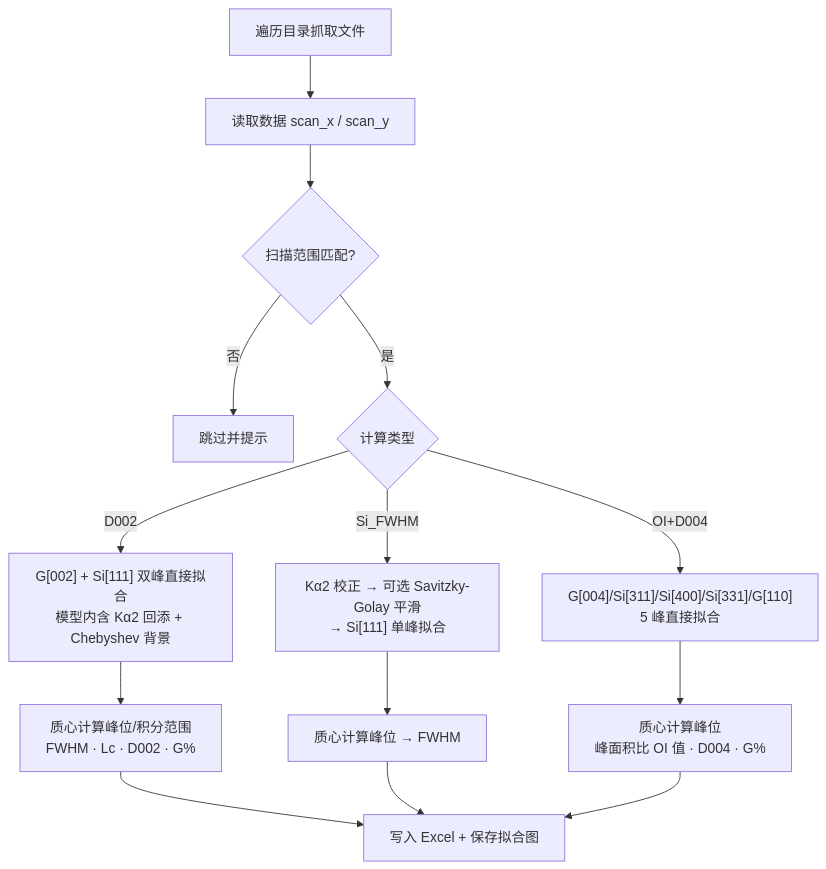
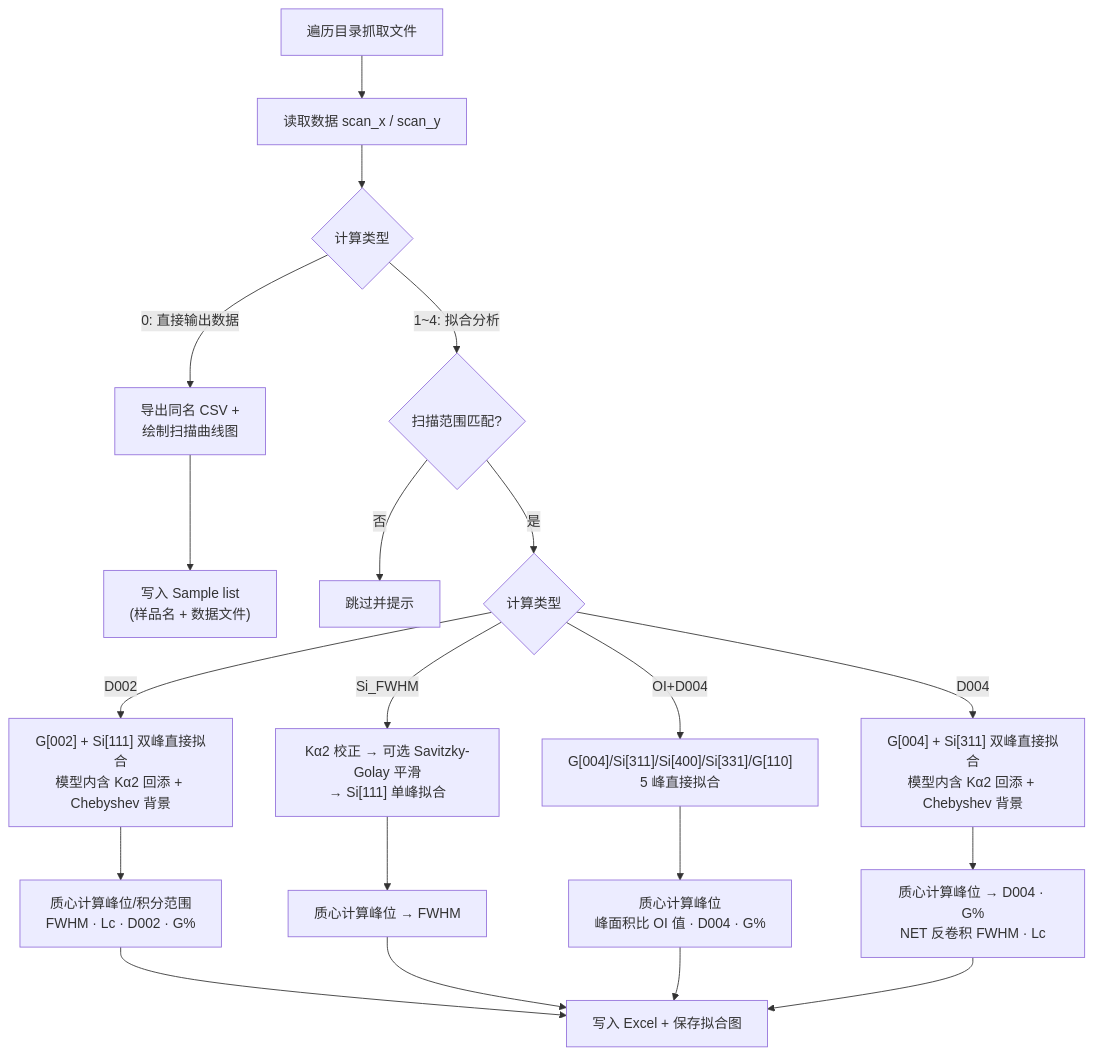
One commit to MiaoJiawei/PyXRD-Li_anode changed the diagram in README.md. Above: the diagram before and after it, drawn with Mermaid. The commit also changed other lines of this file and 4 other files, not shown here.

````diff
--- a/README.md
+++ b/README.md
@@ -30,14 +35,19 @@
 ```mermaid
 flowchart TD
     A["遍历目录抓取文件"] --> B["读取数据 scan_x / scan_y"]
-    B --> C{"扫描范围匹配?"}
-    C -- "否" --> D["跳过并提示"]
-    C -- "是" --> E{"计算类型"}
+    B --> C{"计算类型"}
+    C -- "0: 直接输出数据" --> F0["导出同名 CSV +<br/>绘制扫描曲线图"]
+    F0 --> J0["写入 Sample list<br/>(样品名 + 数据文件)"]
+    C -- "1~4: 拟合分析" --> D{"扫描范围匹配?"}
+    D -- "否" --> D1["跳过并提示"]
+    D -- "是" --> E{"计算类型"}
     E -- "D002" --> F1["G[002] + Si[111] 双峰直接拟合<br/>模型内含 Kα2 回添 + Chebyshev 背景"]
     E -- "Si_FWHM" --> F2["Kα2 校正 → 可选 Savitzky-Golay 平滑<br/>→ Si[111] 单峰拟合"]
     E -- "OI+D004" --> F3["G[004]/Si[311]/Si[400]/Si[331]/G[110]<br/>5 峰直接拟合"]
+    E -- "D004" --> F4["G[004] + Si[311] 双峰直接拟合<br/>模型内含 Kα2 回添 + Chebyshev 背景"]
     F1 --> G["质心计算峰位/积分范围<br/>FWHM · Lc · D002 · G%"]
     F2 --> H["质心计算峰位 → FWHM"]
     F3 --> I["质心计算峰位<br/>峰面积比 OI 值 · D004 · G%"]
-    G & H & I --> J["写入 Excel + 保存拟合图"]
+    F4 --> I1["质心计算峰位 → D004 · G%<br/>NET 反卷积 FWHM · Lc"]
+    G & H & I & I1 --> J["写入 Excel + 保存拟合图"]
 ```
````
